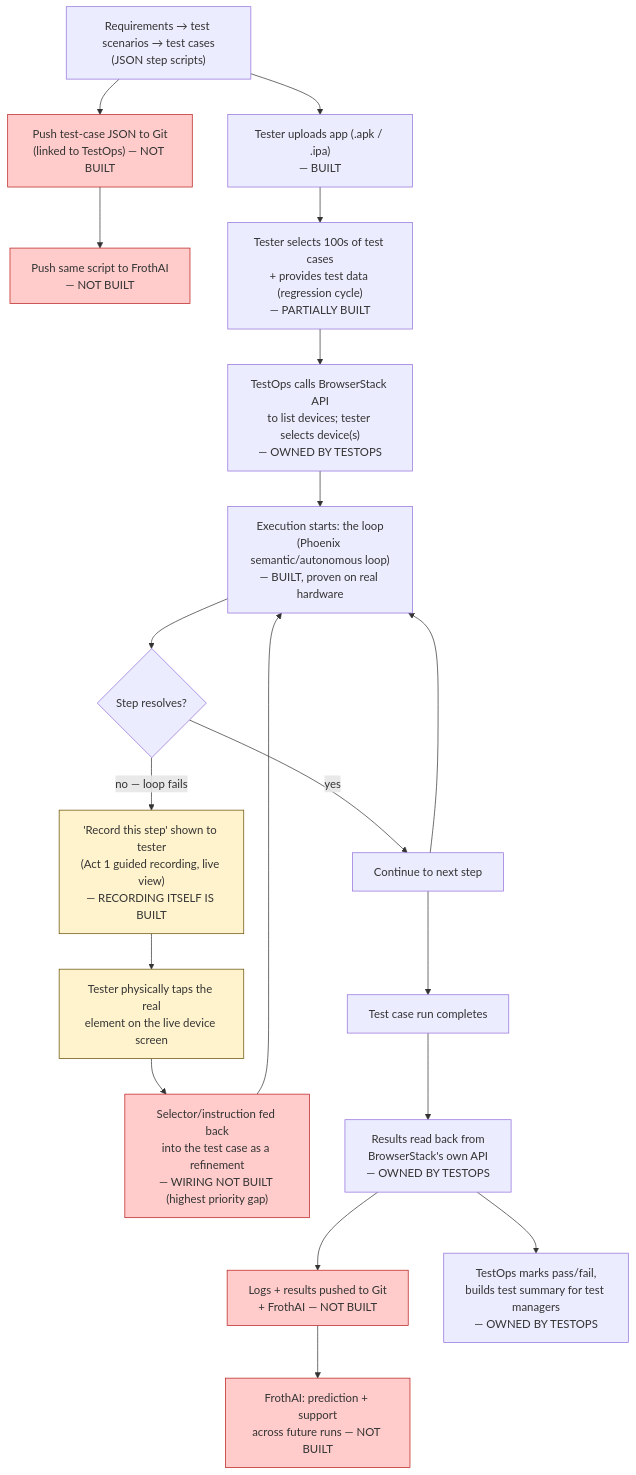
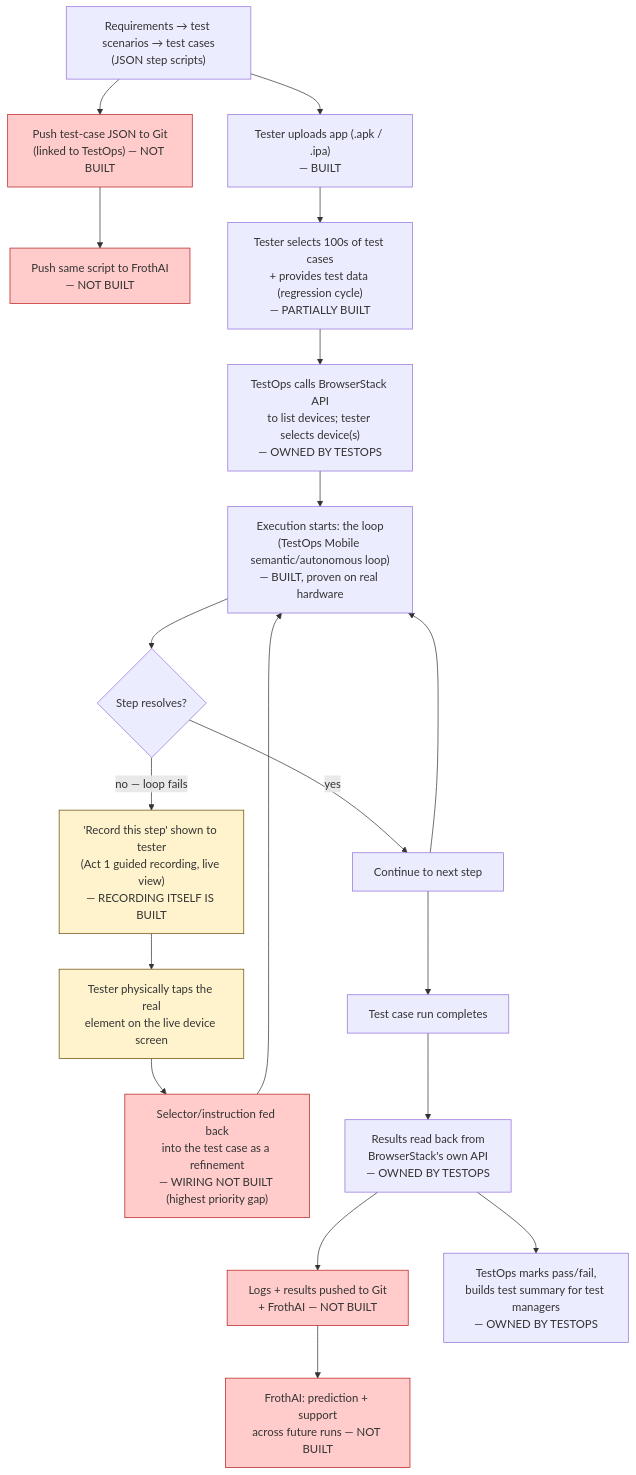
Before and after one commit to prabathkumar/phoenix: the diagram in docs/TESTOPS_WORKFLOW_UX.md, drawn with Mermaid. The commit also changed other lines of this file and 100 other files, not shown here.

````diff
--- a/docs/TESTOPS_WORKFLOW_UX.md
+++ b/docs/TESTOPS_WORKFLOW_UX.md
@@ -127,29 +127,29 @@
 ```mermaid
 flowchart TD
     A["Requirements → test scenarios → test cases\n(JSON step scripts)"] --> B["Push test-case JSON to Git\n(linked to TestOps) — NOT BUILT"]
     B --> C["Push same script to FrothAI\n— NOT BUILT"]
     A --> D["Tester uploads app (.apk / .ipa)\n— BUILT"]
     D --> E["Tester selects 100s of test cases\n+ provides test data (regression cycle)\n— PARTIALLY BUILT"]
     E --> F["TestOps calls BrowserStack API\nto list devices; tester selects device(s)\n— OWNED BY TESTOPS"]
-    F --> G["Execution starts: the loop\n(Phoenix semantic/autonomous loop)\n— BUILT, proven on real hardware"]
+    F --> G["Execution starts: the loop\n(TestOps Mobile semantic/autonomous loop)\n— BUILT, proven on real hardware"]
     G --> H{"Step resolves?"}
     H -- "yes" --> I["Continue to next step"]
     I --> G
     H -- "no — loop fails" --> J["'Record this step' shown to tester\n(Act 1 guided recording, live view)\n— RECORDING ITSELF IS BUILT"]
     J --> K["Tester physically taps the real\nelement on the live device screen"]
     K --> L["Selector/instruction fed back\ninto the test case as a refinement\n— WIRING NOT BUILT (highest priority gap)"]
     L --> G
     I --> M["Test case run completes"]
     M --> N["Results read back from\nBrowserStack's own API\n— OWNED BY TESTOPS"]
     N --> O["Logs + results pushed to Git\n+ FrothAI — NOT BUILT"]
     N --> P["TestOps marks pass/fail,\nbuilds test summary for test managers\n— OWNED BY TESTOPS"]
     O --> Q["FrothAI: prediction + support\nacross future runs — NOT BUILT"]
 
     style J fill:#fff3cd,stroke:#664d03
     style K fill:#fff3cd,stroke:#664d03
     style L fill:#ffcccb,stroke:#b91c1c
     style B fill:#ffcccb,stroke:#b91c1c
     style C fill:#ffcccb,stroke:#b91c1c
     style O fill:#ffcccb,stroke:#b91c1c
     style Q fill:#ffcccb,stroke:#b91c1c
 ```
````
